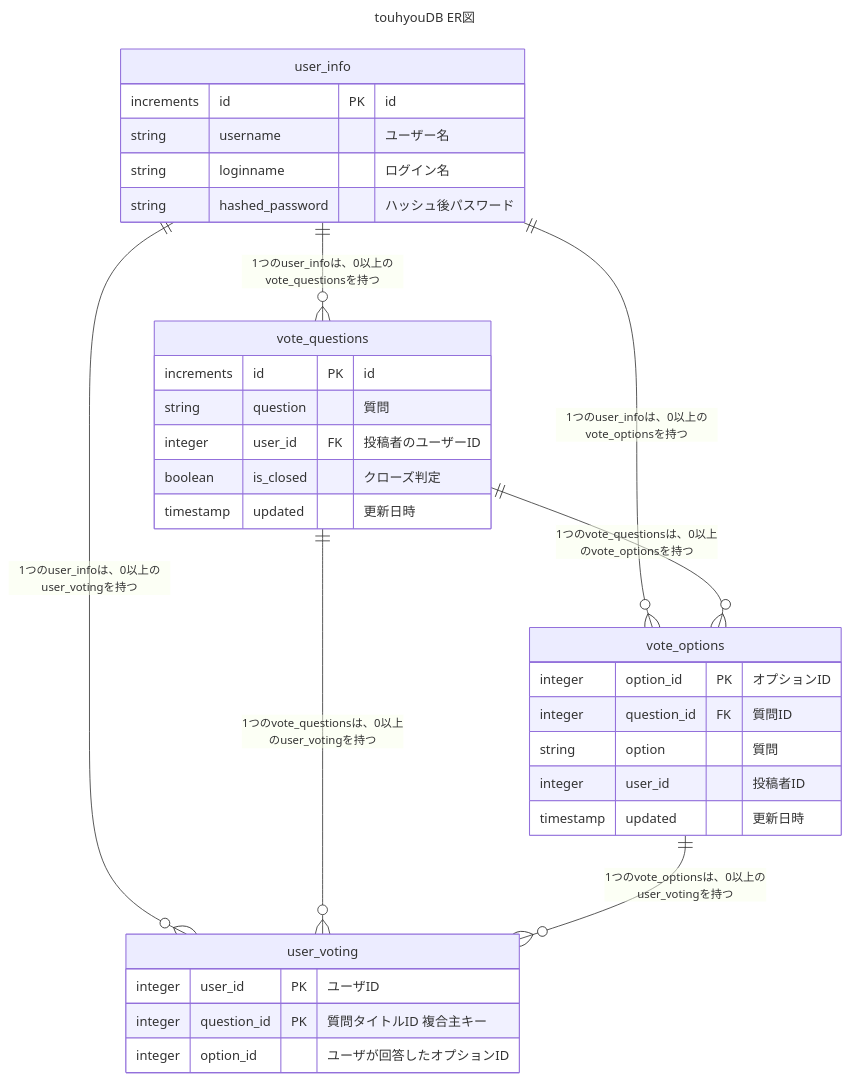
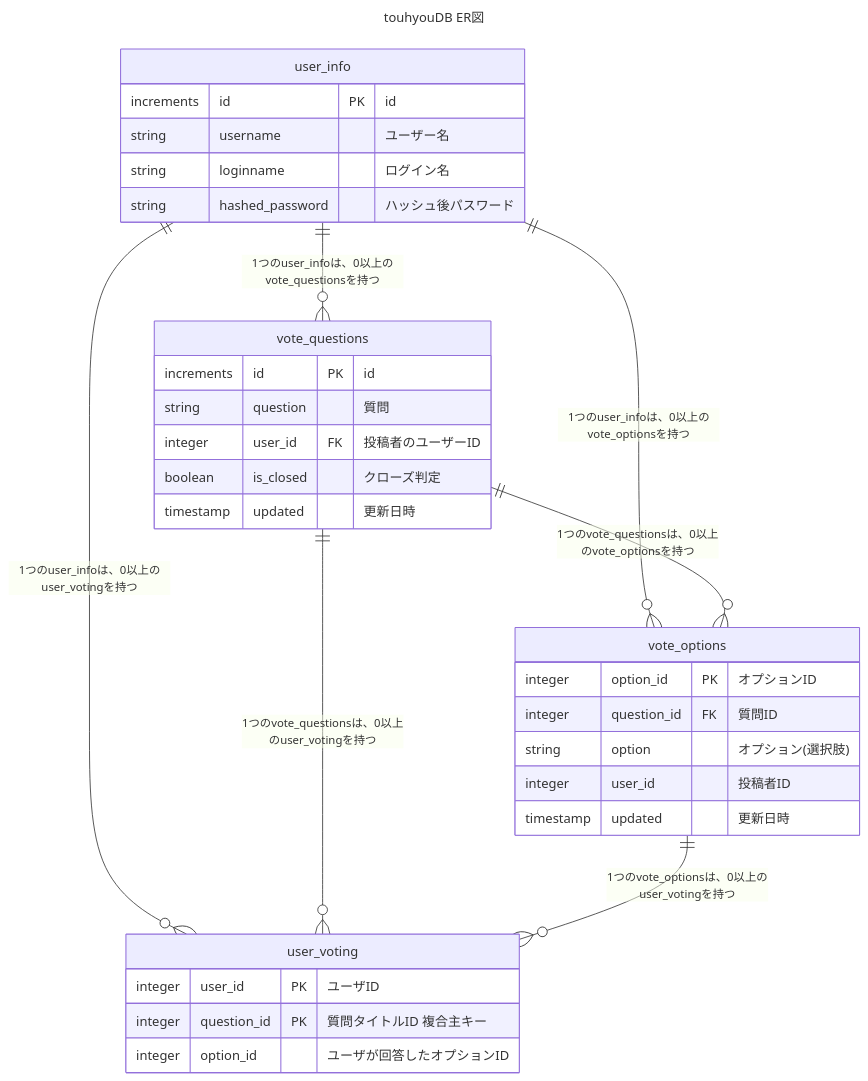
One commit to Ar3cibo/touhyou changed the diagram in README.md. Above: the diagram before and after it, drawn with Mermaid.

````diff
--- a/README.md
+++ b/README.md
@@ -4,43 +4,43 @@
 ```mermaid
 ---
 title: "touhyouDB ER図"
 ---
 erDiagram
 
 user_info {
 increments id PK "id"
 string username "ユーザー名"
 string loginname "ログイン名"
 string hashed_password "ハッシュ後パスワード"
 }
 
 vote_questions {
 increments id PK "id"
 string question "質問"
 integer user_id FK "投稿者のユーザーID"
 boolean is_closed "クローズ判定"
 timestamp updated "更新日時"
 }
 
 vote_options {
 integer option_id PK "オプションID"
 integer question_id FK "質問ID"
-string option "質問"
+string option "オプション(選択肢)"
 integer user_id "投稿者ID"
 timestamp updated "更新日時"
 }
 
 user_voting {
 integer user_id PK "ユーザID"
 integer question_id PK "質問タイトルID 複合主キー"
 integer option_id "ユーザが回答したオプションID"
 }
 
 
 user_info ||--o{ user_voting : "1つのuser_infoは、0以上のuser_votingを持つ"
 user_info ||--o{ vote_questions : "1つのuser_infoは、0以上のvote_questionsを持つ"
 user_info ||--o{ vote_options : "1つのuser_infoは、0以上のvote_optionsを持つ"
 vote_questions ||--o{ vote_options : "1つのvote_questionsは、0以上のvote_optionsを持つ"
 vote_questions ||--o{ user_voting : "1つのvote_questionsは、0以上のuser_votingを持つ"
 vote_options ||--o{ user_voting : "1つのvote_optionsは、0以上のuser_votingを持つ"
 ```
````
